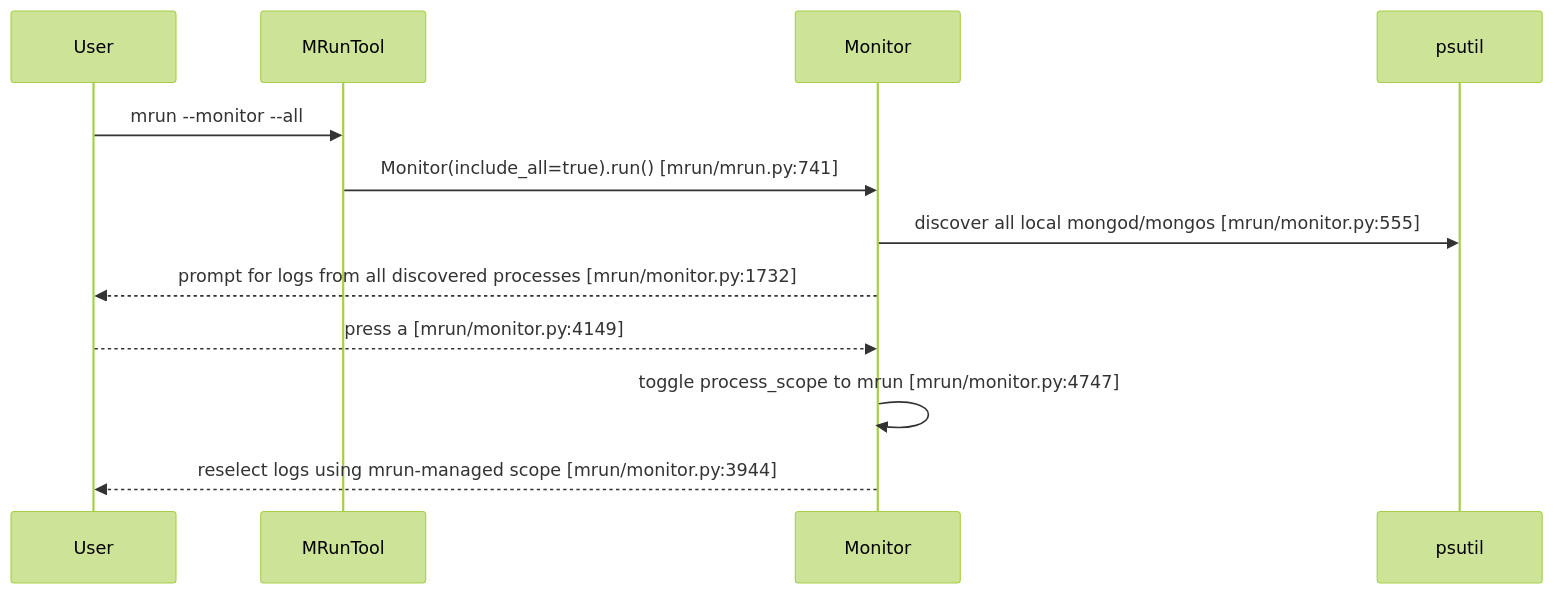
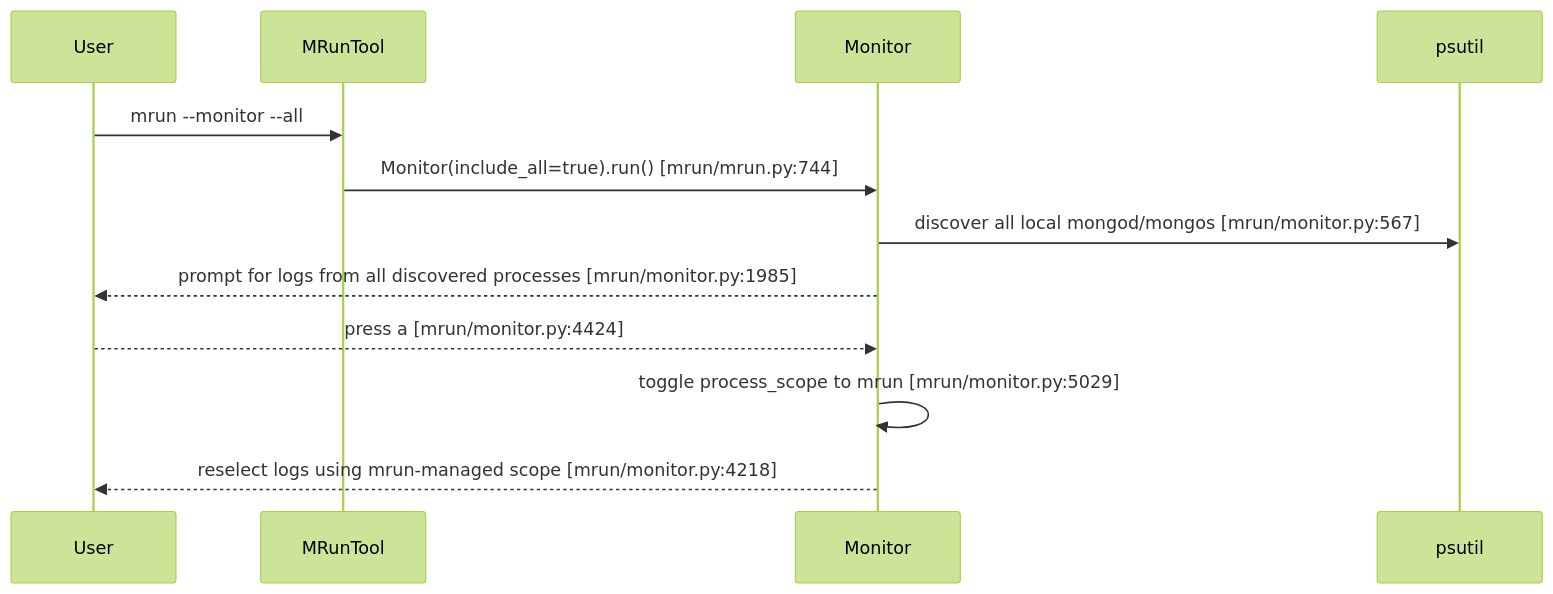
One commit to mongodb/mlaunch changed the second of 13 diagrams in doc/feature-monitor-guide.md. Above: the diagram before and after it, drawn with Mermaid (forest theme). The commit also changed other lines of this file and 2 other files, not shown here.

Commit message:
docs: document normalized monitor cpu

````diff
--- a/doc/feature-monitor-guide.md
+++ b/doc/feature-monitor-guide.md
@@ -201,15 +204,15 @@
 ```mermaid
 sequenceDiagram
     participant User
     participant Tool as MRunTool
     participant Monitor as Monitor
     participant PS as psutil
 
     User->>Tool: mrun --monitor --all
-    Tool->>Monitor: Monitor(include_all=true).run() [mrun/mrun.py:741]
-    Monitor->>PS: discover all local mongod/mongos [mrun/monitor.py:555]
-    Monitor-->>User: prompt for logs from all discovered processes [mrun/monitor.py:1732]
-    User-->>Monitor: press a [mrun/monitor.py:4149]
-    Monitor->>Monitor: toggle process_scope to mrun [mrun/monitor.py:4747]
-    Monitor-->>User: reselect logs using mrun-managed scope [mrun/monitor.py:3944]
+    Tool->>Monitor: Monitor(include_all=true).run() [mrun/mrun.py:744]
+    Monitor->>PS: discover all local mongod/mongos [mrun/monitor.py:567]
+    Monitor-->>User: prompt for logs from all discovered processes [mrun/monitor.py:1985]
+    User-->>Monitor: press a [mrun/monitor.py:4424]
+    Monitor->>Monitor: toggle process_scope to mrun [mrun/monitor.py:5029]
+    Monitor-->>User: reselect logs using mrun-managed scope [mrun/monitor.py:4218]
 ```
````
